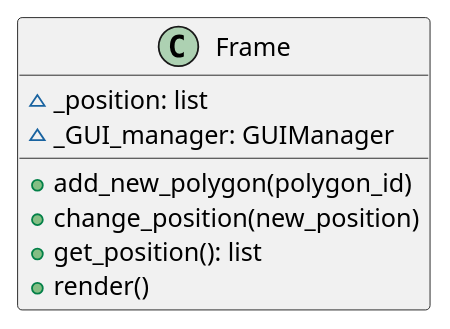
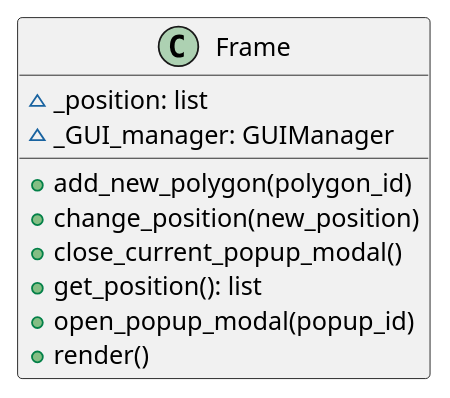
One commit to ferpoble2/Relief_Creator changed the diagram in docs/classes/Frame.puml. Above: the diagram before and after it, drawn with PlantUML. The commit also changed 9 other files, not shown here.

```diff
--- a/docs/classes/Frame.puml
+++ b/docs/classes/Frame.puml
@@ -1,13 +1,15 @@
 @startuml
 'https://plantuml.com/class-diagram
 
 class Frame {
     ~ _position: list
     ~ _GUI_manager: GUIManager
 
     + add_new_polygon(polygon_id)
     + change_position(new_position)
+    + close_current_popup_modal()
     + get_position(): list
+    + open_popup_modal(popup_id)
     + render()
 }
 @enduml
```
